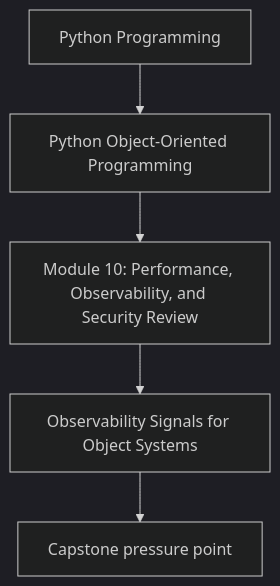
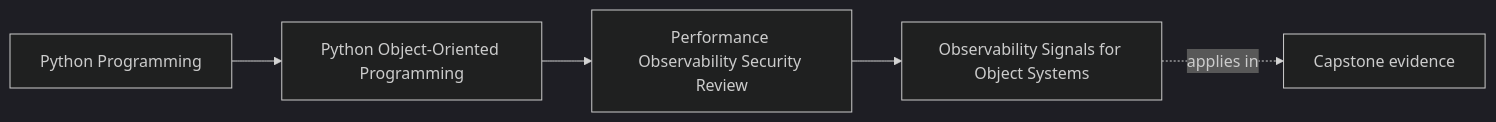
The first of 2 diagrams in programs/python-programming/python-object-oriented-programming/course-book/module-10-performance-observability-security-review/observability-signals-for-object-systems.md (bijux/bijux-masterclass), drawn with Mermaid (dark theme) before and after one commit. The commit also changed other lines of this file and 103 other files, not shown here.

Commit message:
docs(python-object-oriented-programming): map sustainment and capstone surfaces

````diff
--- a/programs/python-programming/python-object-oriented-programming/course-book/module-10-performance-observability-security-review/observability-signals-for-object-systems.md
+++ b/programs/python-programming/python-object-oriented-programming/course-book/module-10-performance-observability-security-review/observability-signals-for-object-systems.md
@@ -7,7 +7,11 @@
 ```mermaid
-flowchart TD
-  family["Python Programming"] --> program["Python Object-Oriented Programming"]
-  program --> module["Module 10: Performance, Observability, and Security Review"]
-  module --> concept["Observability Signals for Object Systems"]
-  concept --> capstone["Capstone pressure point"]
+graph LR
+  family["Python Programming"]
+  program["Python Object-Oriented Programming"]
+  section["Performance Observability Security Review"]
+  page["Observability Signals for Object Systems"]
+  capstone["Capstone evidence"]
+
+  family --> program --> section --> page
+  page -.applies in.-> capstone
 ```
````
